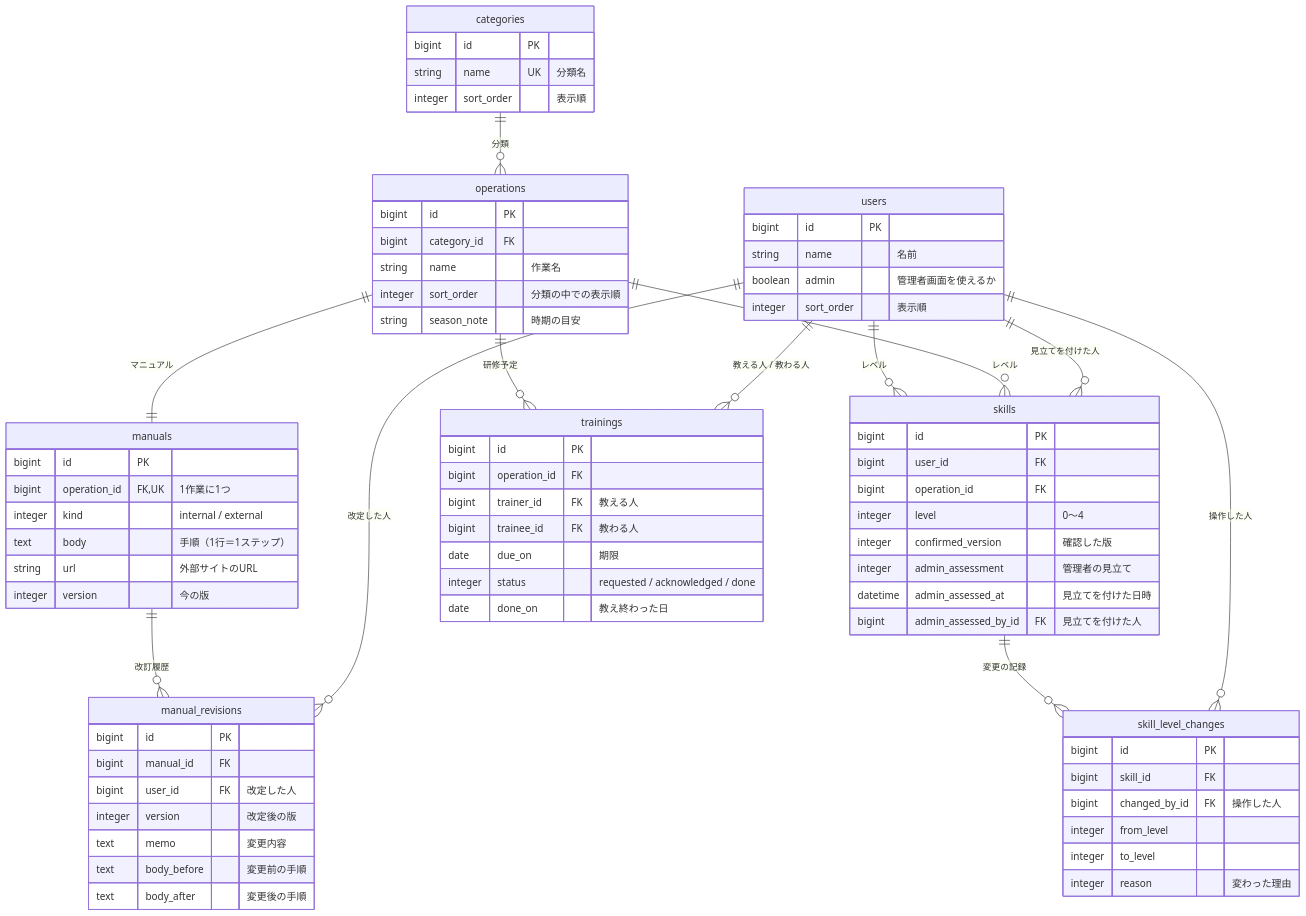
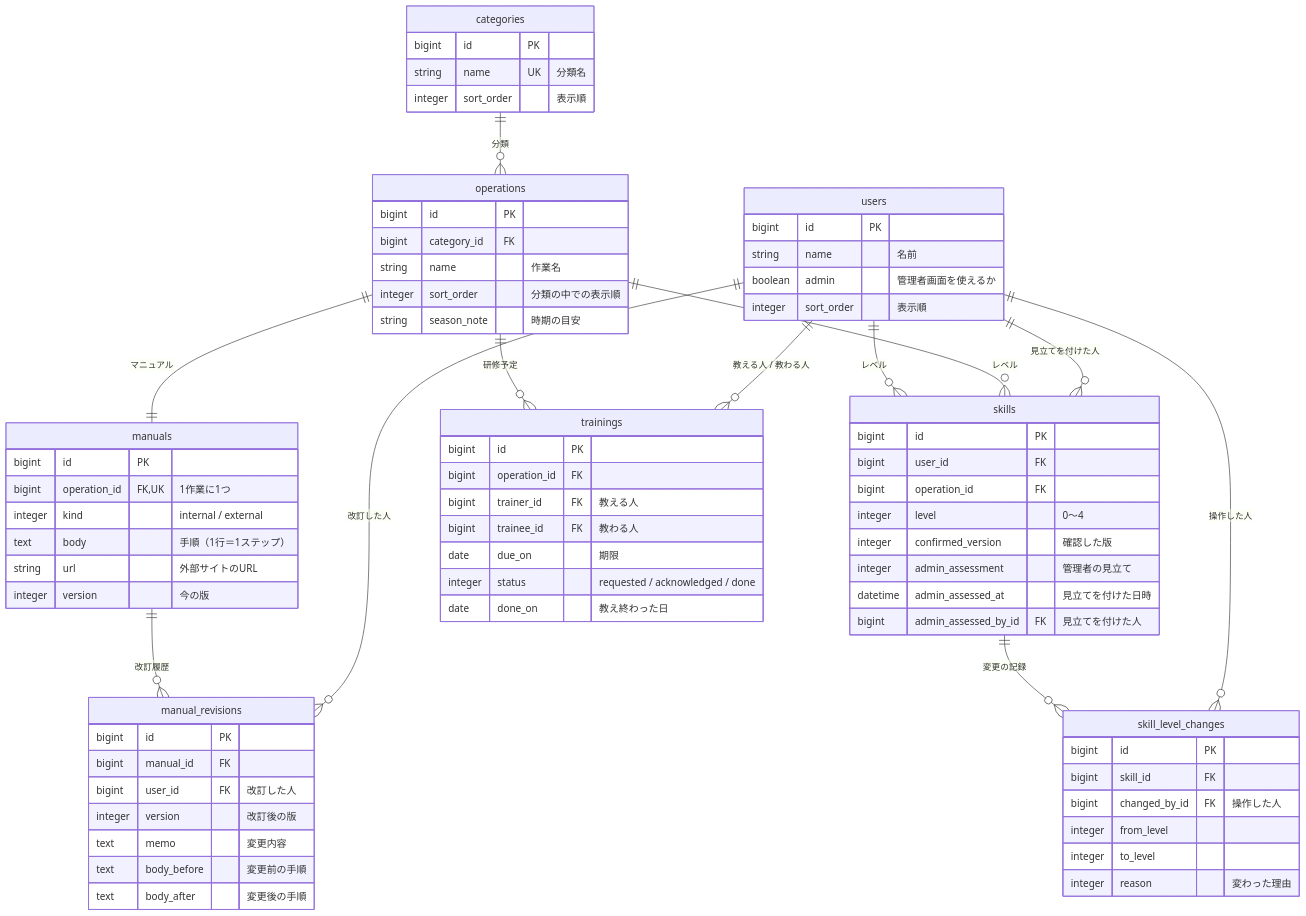
One commit to amiami/NCT_RUNTEQ_hackathon_app changed the diagram in docs/data-model.md. Above: the diagram before and after it, drawn with Mermaid. The commit also changed other lines of this file and 27 other files, not shown here.

````diff
--- a/docs/data-model.md
+++ b/docs/data-model.md
@@ -26,77 +26,77 @@
 ```mermaid
 erDiagram
   categories ||--o{ operations : "分類"
   operations ||--|| manuals : "マニュアル"
   manuals ||--o{ manual_revisions : "改訂履歴"
-  users ||--o{ manual_revisions : "改定した人"
+  users ||--o{ manual_revisions : "改訂した人"
   users ||--o{ skills : "レベル"
   operations ||--o{ skills : "レベル"
   users ||--o{ skills : "見立てを付けた人"
   skills ||--o{ skill_level_changes : "変更の記録"
   users ||--o{ skill_level_changes : "操作した人"
   operations ||--o{ trainings : "研修予定"
   users ||--o{ trainings : "教える人 / 教わる人"
 
   users {
     bigint id PK
     string name "名前"
     boolean admin "管理者画面を使えるか"
     integer sort_order "表示順"
   }
   categories {
     bigint id PK
     string name UK "分類名"
     integer sort_order "表示順"
   }
   operations {
     bigint id PK
     bigint category_id FK
     string name "作業名"
     integer sort_order "分類の中での表示順"
     string season_note "時期の目安"
   }
   manuals {
     bigint id PK
     bigint operation_id FK,UK "1作業に1つ"
     integer kind "internal / external"
     text body "手順（1行＝1ステップ）"
     string url "外部サイトのURL"
     integer version "今の版"
   }
   manual_revisions {
     bigint id PK
     bigint manual_id FK
-    bigint user_id FK "改定した人"
-    integer version "改定後の版"
+    bigint user_id FK "改訂した人"
+    integer version "改訂後の版"
     text memo "変更内容"
     text body_before "変更前の手順"
     text body_after "変更後の手順"
   }
   skills {
     bigint id PK
     bigint user_id FK
     bigint operation_id FK
     integer level "0〜4"
     integer confirmed_version "確認した版"
     integer admin_assessment "管理者の見立て"
     datetime admin_assessed_at "見立てを付けた日時"
     bigint admin_assessed_by_id FK "見立てを付けた人"
   }
   skill_level_changes {
     bigint id PK
     bigint skill_id FK
     bigint changed_by_id FK "操作した人"
     integer from_level
     integer to_level
     integer reason "変わった理由"
   }
   trainings {
     bigint id PK
     bigint operation_id FK
     bigint trainer_id FK "教える人"
     bigint trainee_id FK "教わる人"
     date due_on "期限"
     integer status "requested / acknowledged / done"
     date done_on "教え終わった日"
   }
 ```
````
